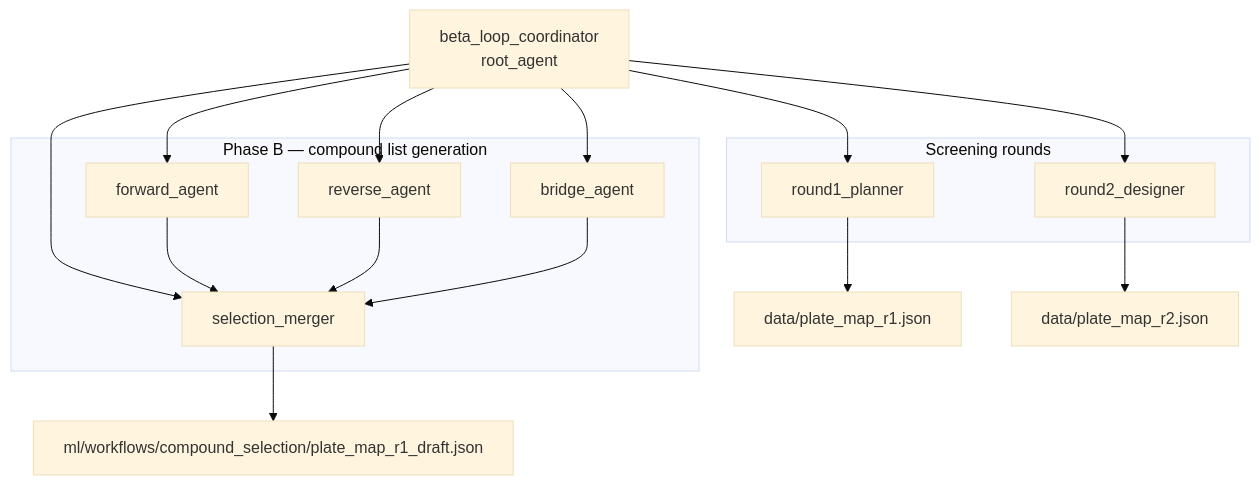
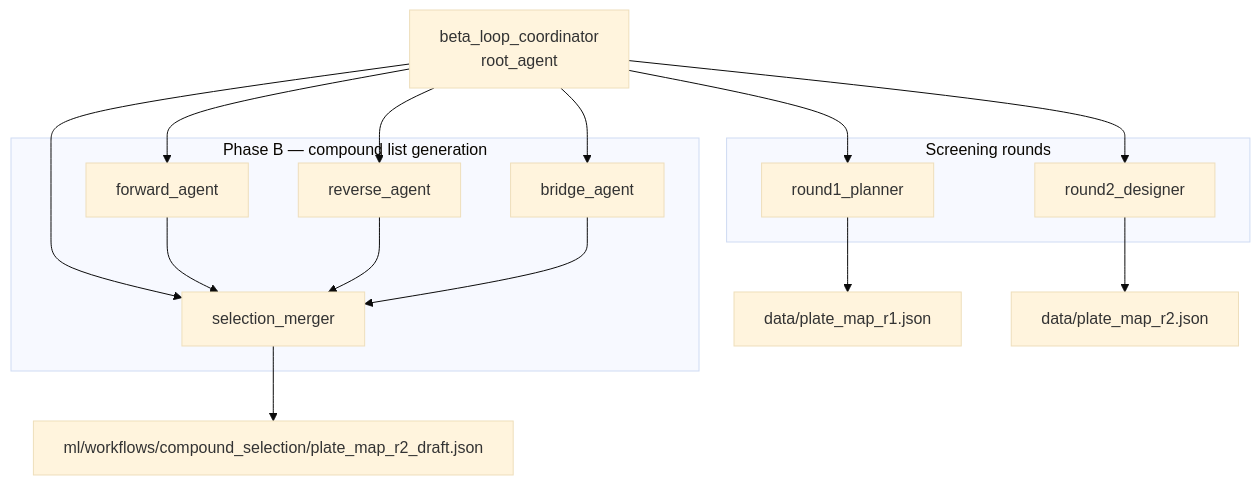
Before and after one commit to pvjthomas/beta-loop: the second of 7 diagrams in DIAGRAMS.md, drawn with Mermaid (base theme). The commit also changed other lines of this file and 14 other files, not shown here.

First line of the commit message:
Rename compound selection draft from Round 1 to Round 2.

````diff
--- a/DIAGRAMS.md
+++ b/DIAGRAMS.md
@@ -69,30 +69,30 @@
 ```mermaid
 flowchart TB
   ROOT[beta_loop_coordinator<br/>root_agent]
 
   subgraph phaseBAgents [Phase B — compound list generation]
     F[forward_agent]
     R[reverse_agent]
     B[bridge_agent]
     M[selection_merger]
   end
 
   subgraph screeningAgents [Screening rounds]
     R1P[round1_planner]
     R2D[round2_designer]
   end
 
   ROOT --> F
   ROOT --> R
   ROOT --> B
   ROOT --> M
   ROOT --> R1P
   ROOT --> R2D
 
   F --> M
   R --> M
   B --> M
-  M --> DRAFT[ml/workflows/compound_selection/plate_map_r1_draft.json]
+  M --> DRAFT[ml/workflows/compound_selection/plate_map_r2_draft.json]
   R1P --> ACTIVE[data/plate_map_r1.json]
   R2D --> R2[data/plate_map_r2.json]
 ```
````
